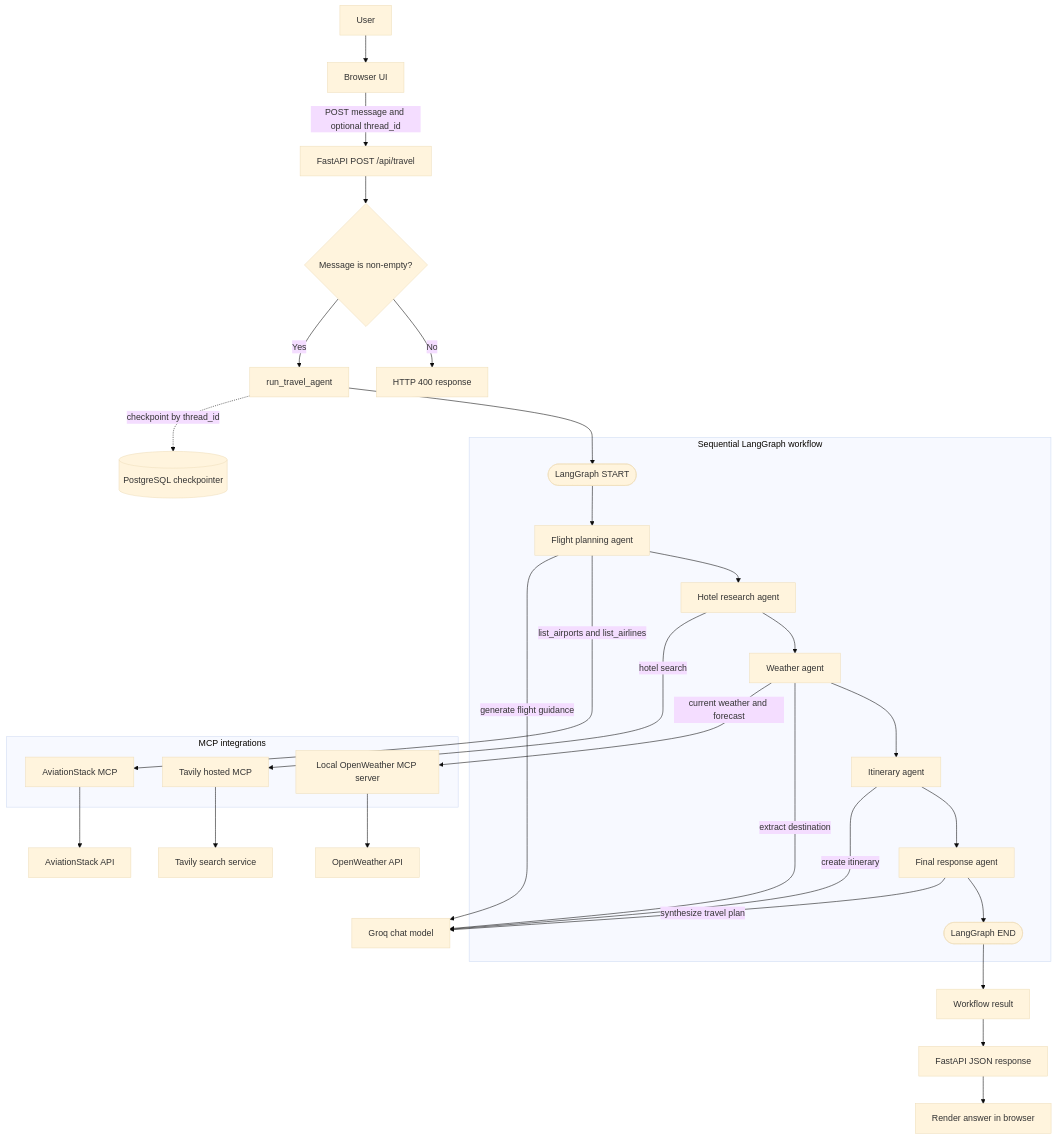
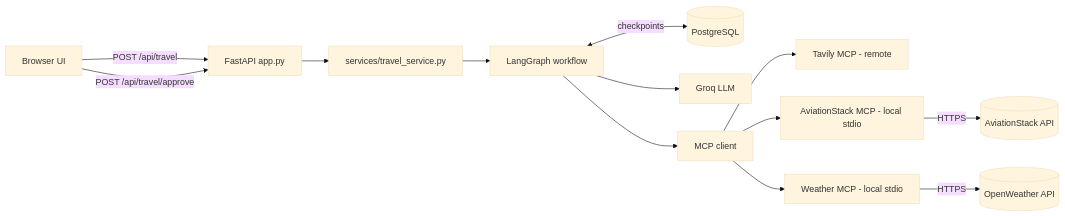
The first of 3 diagrams in README.md (TechnoDiktator/voyage-ai), drawn with Mermaid (base theme) before and after one commit. The commit also changed other lines of this file and 3 other files, not shown here.

````diff
--- a/README.md
+++ b/README.md
@@ -45,41 +20,15 @@
 ```mermaid
-flowchart TD
-    User[User] --> Browser[Browser UI]
-    Browser -->|POST message and optional thread_id| API[FastAPI POST /api/travel]
-    API --> Validate{Message is non-empty?}
-    Validate -->|No| BadRequest[HTTP 400 response]
-    Validate -->|Yes| Runner[run_travel_agent]
-    Runner --> GraphStart([LangGraph START])
-    Runner -. checkpoint by thread_id .-> Postgres[(PostgreSQL checkpointer)]
-
-    subgraph Workflow[Sequential LangGraph workflow]
-        GraphStart --> Flight[Flight planning agent]
-        Flight --> Hotel[Hotel research agent]
-        Hotel --> Weather[Weather agent]
-        Weather --> Itinerary[Itinerary agent]
-        Itinerary --> Final[Final response agent]
-        Final --> GraphEnd([LangGraph END])
-    end
-
-    subgraph MCP[MCP integrations]
-        AviationMCP[AviationStack MCP]
-        TavilyMCP[Tavily hosted MCP]
-        WeatherMCP[Local OpenWeather MCP server]
-    end
-
-    AviationMCP --> AviationAPI[AviationStack API]
-    TavilyMCP --> TavilyAPI[Tavily search service]
-    WeatherMCP --> WeatherAPI[OpenWeather API]
-
-    Flight -->|list_airports and list_airlines| AviationMCP
-    Flight -->|generate flight guidance| Groq[Groq chat model]
-    Hotel -->|hotel search| TavilyMCP
-    Weather -->|extract destination| Groq
-    Weather -->|current weather and forecast| WeatherMCP
-    Itinerary -->|create itinerary| Groq
-    Final -->|synthesize travel plan| Groq
-
-    GraphEnd --> Result[Workflow result]
-    Result --> APIResponse[FastAPI JSON response]
-    APIResponse --> BrowserResult[Render answer in browser]
+flowchart LR
+    U[Browser UI] -->|POST /api/travel| API[FastAPI app.py]
+    U -->|POST /api/travel/approve| API
+    API --> SVC[services/travel_service.py]
+    SVC --> G[LangGraph workflow]
+    G <-->|checkpoints| PG[(PostgreSQL)]
+    G --> LLM[Groq LLM]
+    G --> MCP[MCP client]
+    MCP --> T[Tavily MCP - remote]
+    MCP --> A[AviationStack MCP - local stdio]
+    MCP --> W[Weather MCP - local stdio]
+    A -->|HTTPS| AV[(AviationStack API)]
+    W -->|HTTPS| OW[(OpenWeather API)]
 ```
````
